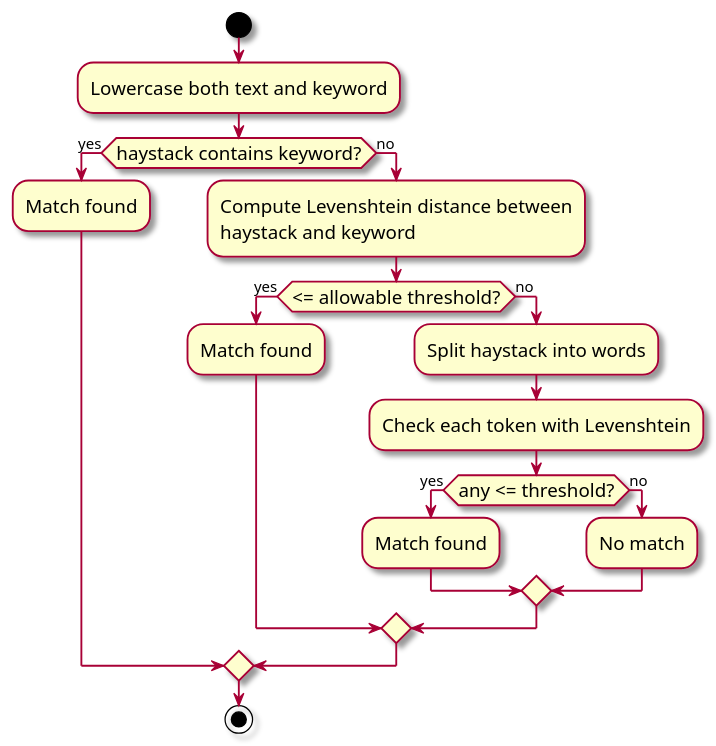
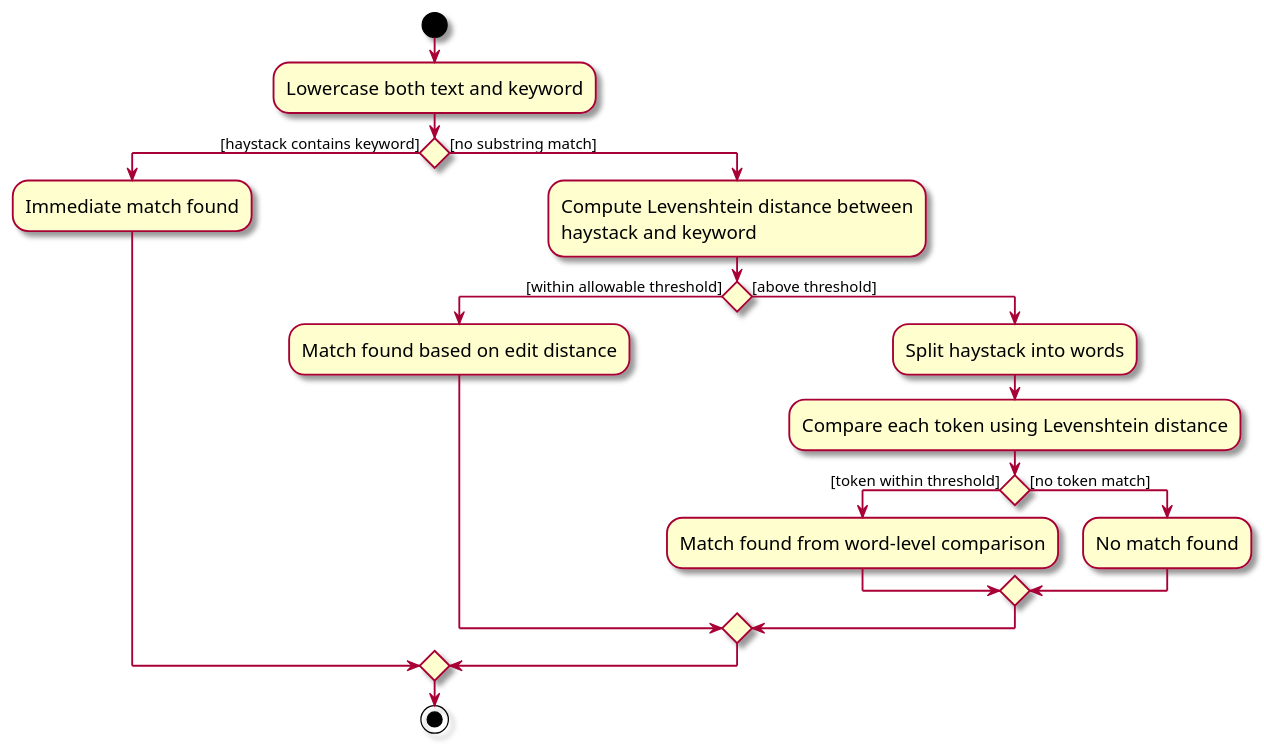
One commit to goh-joshua/tp changed the diagram in docs/diagrams/FindMatchingActivityDiagram.puml. Above: the diagram before and after it, drawn with PlantUML.

```diff
--- a/docs/diagrams/FindMatchingActivityDiagram.puml
+++ b/docs/diagrams/FindMatchingActivityDiagram.puml
@@ -1,25 +1,30 @@
 @startuml
 skin rose
 skinparam ActivityFontSize 15
 skinparam ArrowFontSize 12
 
 start
 :Lowercase both text and keyword;
-if (haystack contains keyword?) then (yes)
-  :Match found;
-else (no)
-  :Compute Levenshtein distance between\nhaystack and keyword;
-  if (<= allowable threshold?) then (yes)
-    :Match found;
-  else (no)
-    :Split haystack into words;
-    :Check each token with Levenshtein;
-    if (any <= threshold?) then (yes)
-      :Match found;
-    else (no)
-      :No match;
+
+if () then ([haystack contains keyword])
+    :Immediate match found;
+else ([no substring match])
+    :Compute Levenshtein distance between
+    haystack and keyword;
+
+    if () then ([within allowable threshold])
+        :Match found based on edit distance;
+    else ([above threshold])
+        :Split haystack into words;
+        :Compare each token using Levenshtein distance;
+
+        if () then ([token within threshold])
+            :Match found from word-level comparison;
+        else ([no token match])
+            :No match found;
+        endif
     endif
-  endif
 endif
+
 stop
 @enduml
```
